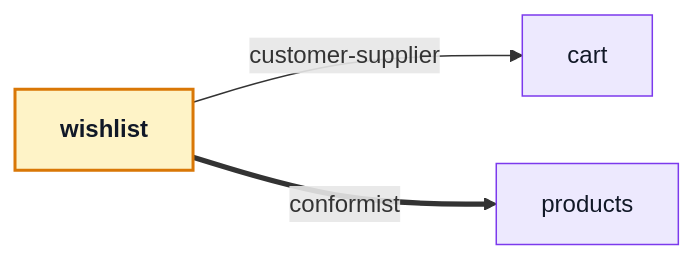
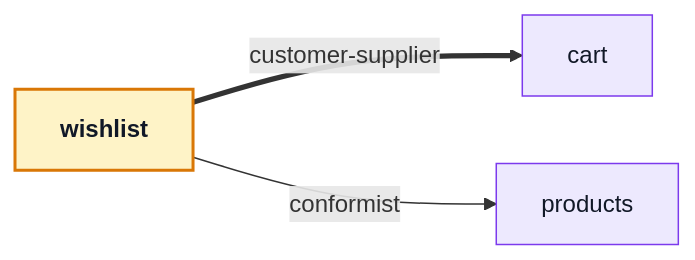
One commit to Guebbit/boilerplate-vue-frontend changed the diagram in docs/modules/wishlist.md. Above: the diagram before and after it, drawn with Mermaid. The commit also changed other lines of this file and 71 other files, not shown here.

````diff
--- a/docs/modules/wishlist.md
+++ b/docs/modules/wishlist.md
@@ -24,13 +24,13 @@
 ```mermaid
 %%{init: {'flowchart': {'nodeSpacing': 45, 'rankSpacing': 75}}}%%
 flowchart LR
-    wishlist["<b>wishlist</b>"] -->|"customer-supplier"| cart["cart"]
-    wishlist["<b>wishlist</b>"] ==>|"conformist"| products["products"]
+    wishlist["<b>wishlist</b>"] ==>|"customer-supplier"| cart["cart"]
+    wishlist["<b>wishlist</b>"] -->|"conformist"| products["products"]
 
     classDef core fill:#ede9fe,stroke:#7c3aed,color:#111827;
     classDef supporting fill:#dbeafe,stroke:#2563eb,color:#111827;
     classDef generic fill:#ccfbf1,stroke:#0f766e,color:#111827;
     classDef self fill:#fef3c7,stroke:#d97706,color:#111827,stroke-width:2px;
     class cart,products core;
     class wishlist self;
 ```
````
